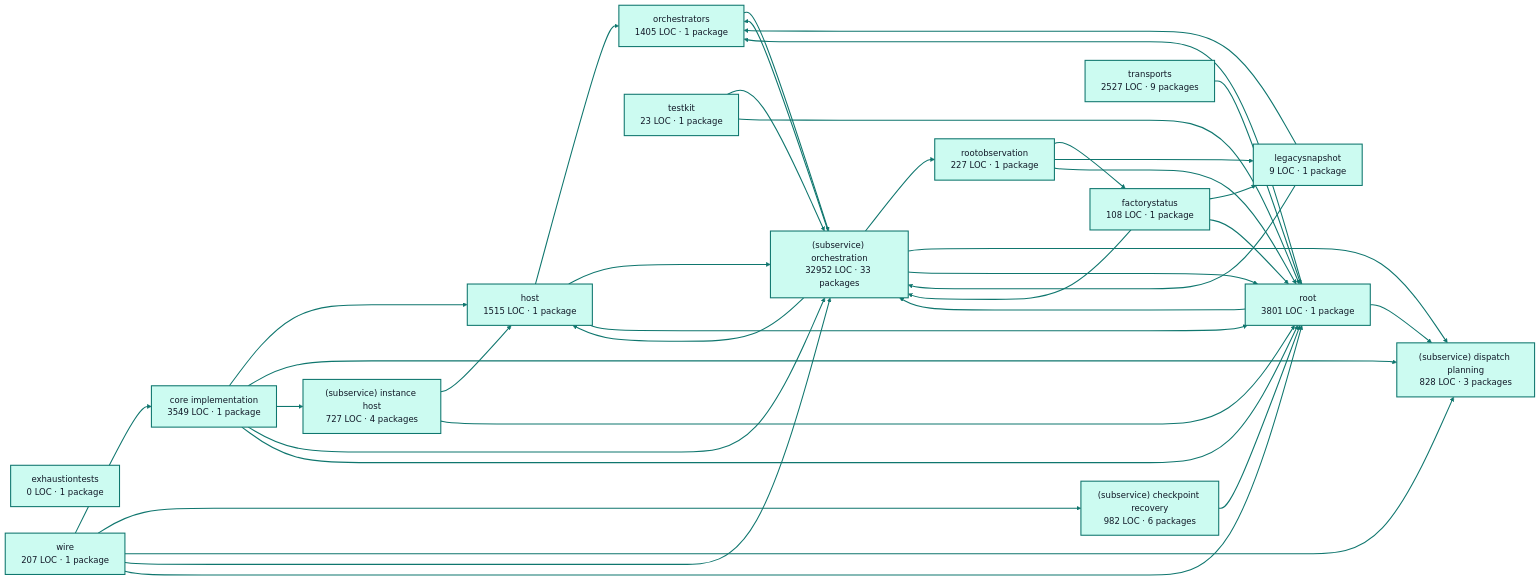
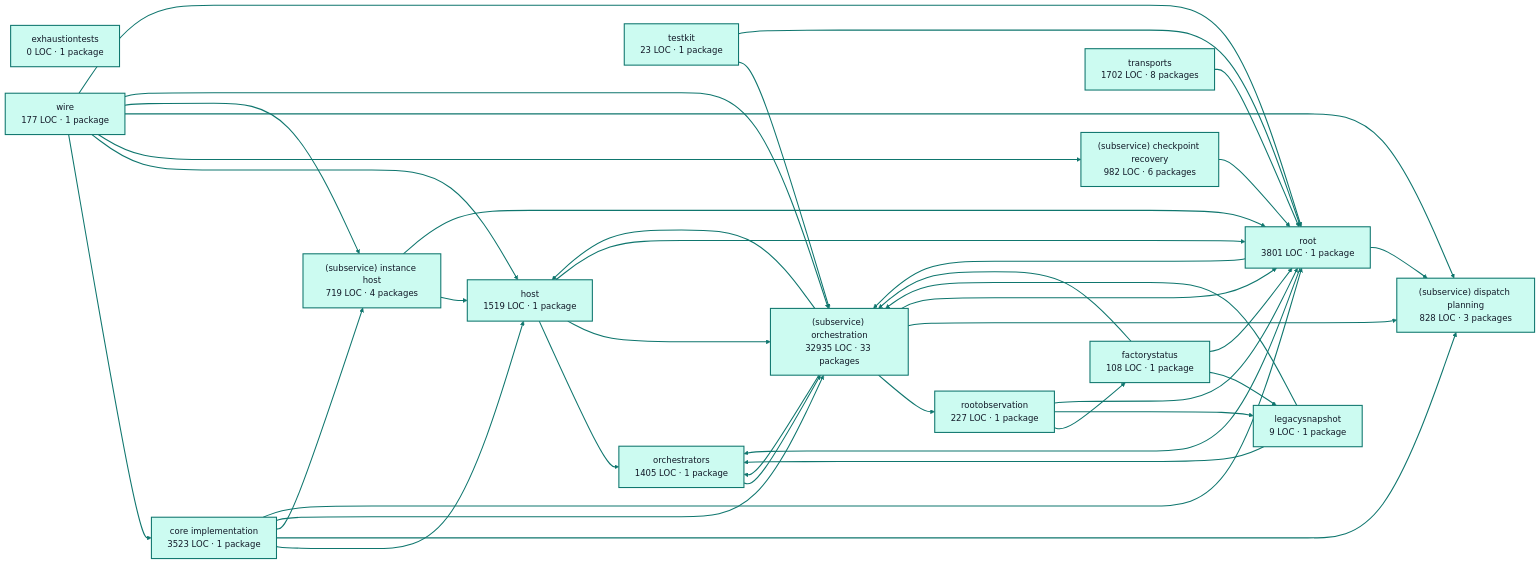
The diagram in docs/architecture/visualizations/services/factory_runtime.md (portpowered/you-agent-factory), drawn with Mermaid before and after one commit. The commit also changed other lines of this file and 20 other files, not shown here.

Commit message:
docs: refresh backend architecture visualizations

````diff
--- a/docs/architecture/visualizations/services/factory_runtime.md
+++ b/docs/architecture/visualizations/services/factory_runtime.md
@@ -11,70 +11,72 @@
 ```mermaid
 flowchart LR
-  p0["core implementation<br/>3549 LOC · 1 package"]
+  p0["core implementation<br/>3523 LOC · 1 package"]
   p1["exhaustiontests<br/>0 LOC · 1 package"]
   p2["factorystatus<br/>108 LOC · 1 package"]
-  p3["host<br/>1515 LOC · 1 package"]
+  p3["host<br/>1519 LOC · 1 package"]
   p4["legacysnapshot<br/>9 LOC · 1 package"]
   p5["orchestrators<br/>1405 LOC · 1 package"]
   p6["rootobservation<br/>227 LOC · 1 package"]
   p7["(subservice) checkpoint recovery<br/>982 LOC · 6 packages"]
   p8["(subservice) dispatch planning<br/>828 LOC · 3 packages"]
-  p9["(subservice) instance host<br/>727 LOC · 4 packages"]
-  p10["(subservice) orchestration<br/>32952 LOC · 33 packages"]
+  p9["(subservice) instance host<br/>719 LOC · 4 packages"]
+  p10["(subservice) orchestration<br/>32935 LOC · 33 packages"]
   p11["testkit<br/>23 LOC · 1 package"]
   p12["root<br/>3801 LOC · 1 package"]
-  p13["transports<br/>2527 LOC · 9 packages"]
-  p14["wire<br/>207 LOC · 1 package"]
+  p13["transports<br/>1702 LOC · 8 packages"]
+  p14["wire<br/>177 LOC · 1 package"]
   p0 --> p3
   p0 --> p8
   p0 --> p9
   p0 --> p10
   p0 --> p12
   p2 --> p4
   p2 --> p10
   p2 --> p12
   p3 --> p5
   p3 --> p10
   p3 --> p12
   p4 --> p5
   p4 --> p10
   p5 --> p10
   p6 --> p2
   p6 --> p4
   p6 --> p12
   p7 --> p12
   p9 --> p3
   p9 --> p12
   p10 --> p3
   p10 --> p5
   p10 --> p6
   p10 --> p8
   p10 --> p12
   p11 --> p10
   p11 --> p12
   p12 --> p5
   p12 --> p8
   p12 --> p10
   p13 --> p12
   p14 --> p0
+  p14 --> p3
   p14 --> p7
   p14 --> p8
+  p14 --> p9
   p14 --> p10
   p14 --> p12
   style p0 fill:#ccfbf1,stroke:#0f766e,stroke-width:2px,color:#111827
   style p1 fill:#ccfbf1,stroke:#0f766e,stroke-width:2px,color:#111827
   style p2 fill:#ccfbf1,stroke:#0f766e,stroke-width:2px,color:#111827
   style p3 fill:#ccfbf1,stroke:#0f766e,stroke-width:2px,color:#111827
   style p4 fill:#ccfbf1,stroke:#0f766e,stroke-width:2px,color:#111827
   style p5 fill:#ccfbf1,stroke:#0f766e,stroke-width:2px,color:#111827
   style p6 fill:#ccfbf1,stroke:#0f766e,stroke-width:2px,color:#111827
   style p7 fill:#ccfbf1,stroke:#0f766e,stroke-width:2px,color:#111827
   style p8 fill:#ccfbf1,stroke:#0f766e,stroke-width:2px,color:#111827
   style p9 fill:#ccfbf1,stroke:#0f766e,stroke-width:2px,color:#111827
   style p10 fill:#ccfbf1,stroke:#0f766e,stroke-width:2px,color:#111827
   style p11 fill:#ccfbf1,stroke:#0f766e,stroke-width:2px,color:#111827
   style p12 fill:#ccfbf1,stroke:#0f766e,stroke-width:2px,color:#111827
   style p13 fill:#ccfbf1,stroke:#0f766e,stroke-width:2px,color:#111827
   style p14 fill:#ccfbf1,stroke:#0f766e,stroke-width:2px,color:#111827
   linkStyle default stroke:#0f766e,stroke-width:2px
 ```
````
